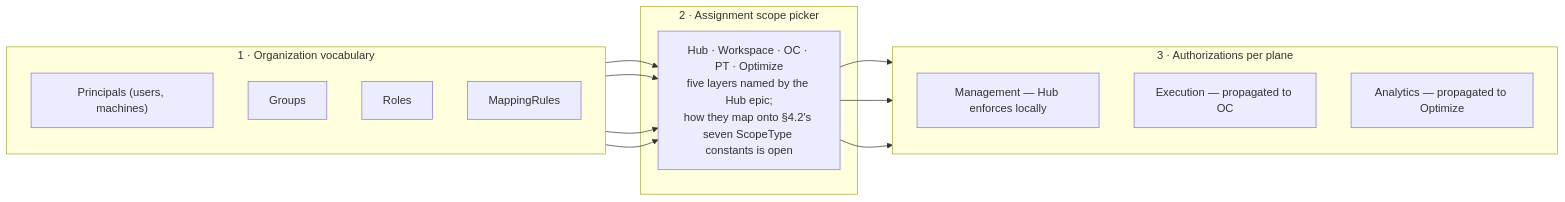
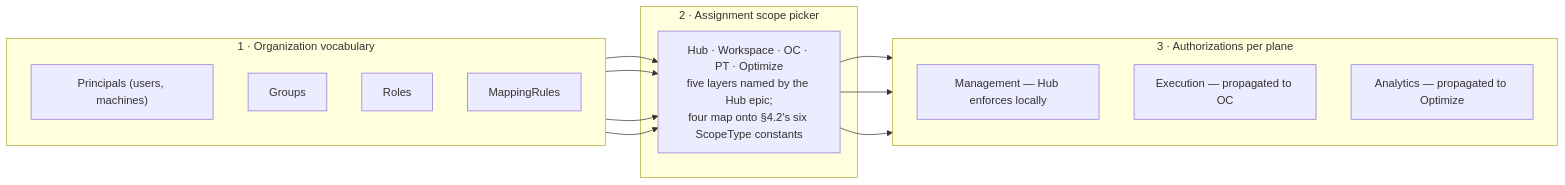
Before and after one commit to camunda/camunda-security-library: the diagram in docs/vision/unified-policy-model.md, drawn with Mermaid. The commit also changed other lines of this file, not shown here.

````diff
--- a/docs/vision/unified-policy-model.md
+++ b/docs/vision/unified-policy-model.md
@@ -145,24 +145,24 @@
 ```mermaid
 flowchart LR
   subgraph L1["1 · Organization vocabulary"]
     direction TB
     P["Principals (users, machines)"]
     G["Groups"]
     R["Roles"]
     M["MappingRules"]
   end
 
   subgraph L2["2 · Assignment scope picker"]
-    S["Hub · Workspace · OC · PT · Optimize<br/>five layers named by the Hub epic;<br/>how they map onto §4.2's seven ScopeType constants is open"]
+    S["Hub · Workspace · OC · PT · Optimize<br/>five layers named by the Hub epic;<br/>four map onto §4.2's six ScopeType constants"]
   end
 
   subgraph L3["3 · Authorizations per plane"]
     direction TB
     MG["Management — Hub enforces locally"]
     EX["Execution — propagated to OC"]
     AN["Analytics — propagated to Optimize"]
   end
 
   P & G & R & M --> S
   S --> MG & EX & AN
 ```
````
